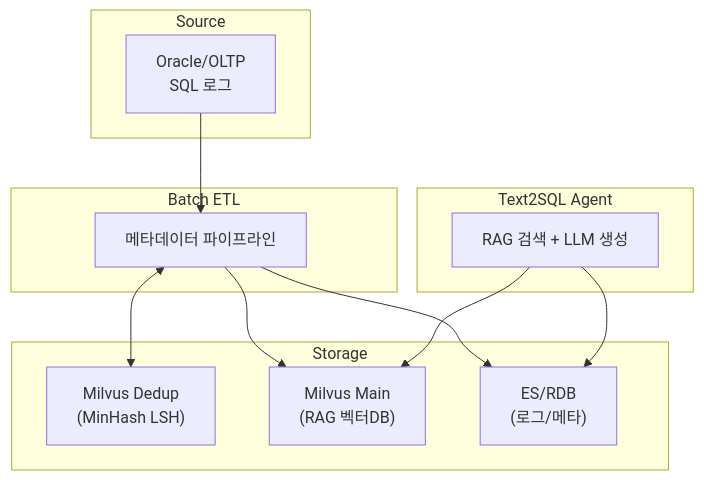
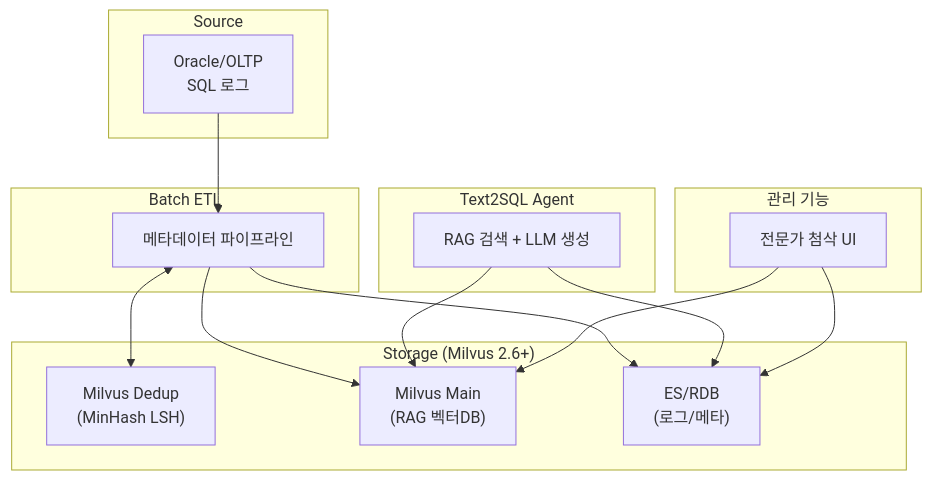
The first of 6 diagrams in docs/pipeline_design_draft.md (shadowik/text2sql_pipeline), drawn with Mermaid before and after one commit. The commit also changed other lines of this file, not shown here.

````diff
--- a/docs/pipeline_design_draft.md
+++ b/docs/pipeline_design_draft.md
@@ -33,27 +38,33 @@
 ```mermaid
 flowchart TD
     subgraph Source[" Source"]
         OLTPDB["Oracle/OLTP<br/>SQL 로그"]
     end
 
     subgraph Batch[" Batch ETL"]
         ETL["메타데이터 파이프라인"]
     end
 
-    subgraph Storage[" Storage"]
+    subgraph Storage[" Storage (Milvus 2.6+)"]
         M_DEDUP["Milvus Dedup<br/>(MinHash LSH)"]
         M_MAIN["Milvus Main<br/>(RAG 벡터DB)"]
         META_DB["ES/RDB<br/>(로그/메타)"]
     end
 
     subgraph Agent[" Text2SQL Agent"]
         RAG["RAG 검색 + LLM 생성"]
     end
 
+    subgraph Admin[" 관리 기능"]
+        ADMIN_UI["전문가 첨삭 UI"]
+    end
+
     OLTPDB --> ETL
     ETL <--> M_DEDUP
     ETL --> M_MAIN
     ETL --> META_DB
     RAG --> M_MAIN
     RAG --> META_DB
+    ADMIN_UI --> M_MAIN
+    ADMIN_UI --> META_DB
 ```
````
